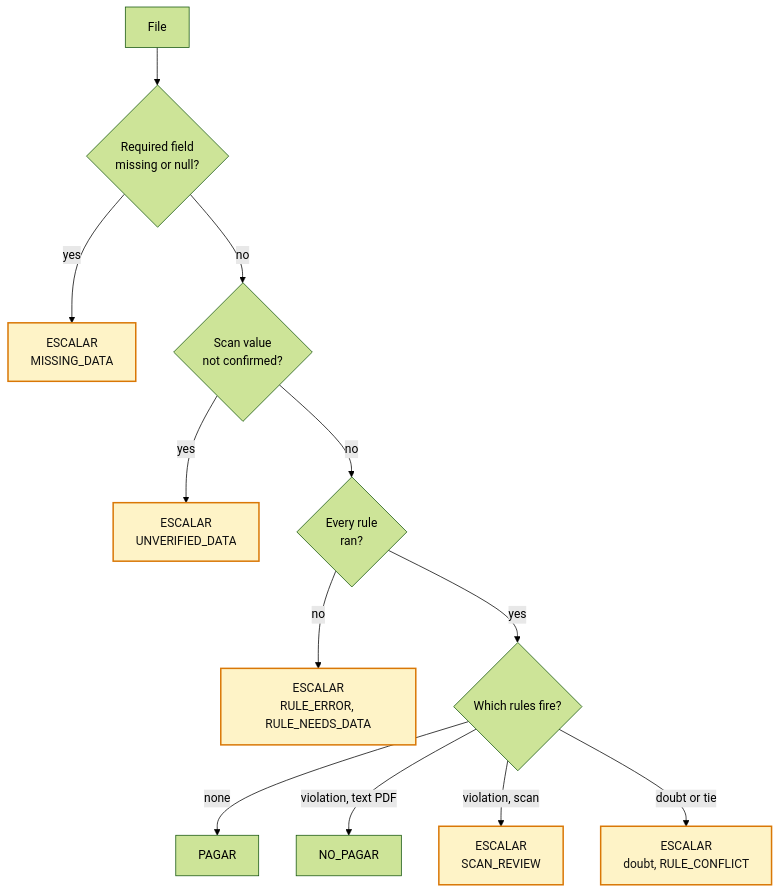
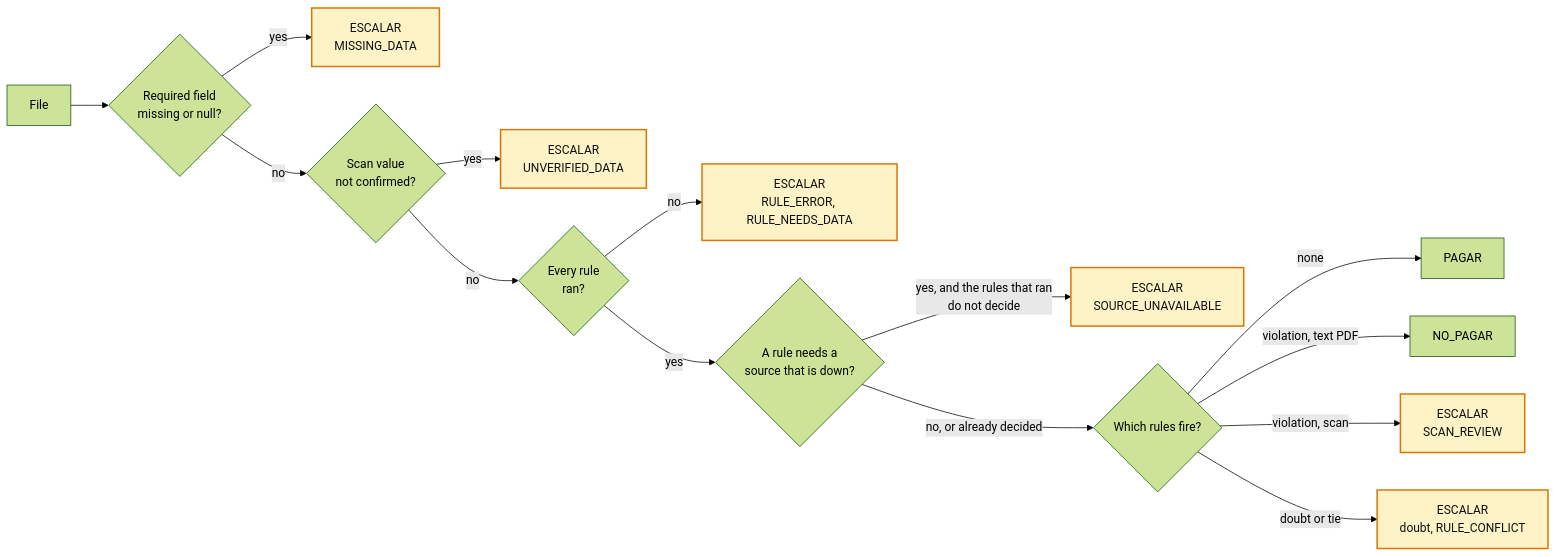
One commit to Martinhdeez/trace-it changed the diagram in docs/adr/B-when-in-doubt-escalate.md. Above: the diagram before and after it, drawn with Mermaid (forest theme). The commit also changed other lines of this file and 16 other files, not shown here.

First line of the commit message:
docs(adr): 0027 and 0028 into detail; key B adds SOURCE_UNAVAILABLE, key E syncs the ERP before every run

````diff
--- a/docs/adr/B-when-in-doubt-escalate.md
+++ b/docs/adr/B-when-in-doubt-escalate.md
@@ -31,16 +35,18 @@
 ```mermaid
-flowchart TD
+flowchart LR
   F["File"] --> M{"Required field<br/>missing or null?"}
   M -- yes --> E1["ESCALAR<br/>MISSING_DATA"]
   M -- no --> U{"Scan value<br/>not confirmed?"}
   U -- yes --> E2["ESCALAR<br/>UNVERIFIED_DATA"]
   U -- no --> R{"Every rule<br/>ran?"}
   R -- no --> E3["ESCALAR<br/>RULE_ERROR, RULE_NEEDS_DATA"]
-  R -- yes --> V{"Which rules fire?"}
+  R -- yes --> SRC{"A rule needs a<br/>source that is down?"}
+  SRC -- "yes, and the rules that ran<br/>do not decide" --> E6["ESCALAR<br/>SOURCE_UNAVAILABLE"]
+  SRC -- "no, or already decided" --> V{"Which rules fire?"}
   V -- none --> P["PAGAR"]
   V -- "violation, text PDF" --> NP["NO_PAGAR"]
   V -- "violation, scan" --> E4["ESCALAR<br/>SCAN_REVIEW"]
   V -- "doubt or tie" --> E5["ESCALAR<br/>doubt, RULE_CONFLICT"]
   classDef kb fill:#fef3c7,stroke:#d97706,stroke-width:2px,color:#111
-  class E1,E2,E3,E4,E5 kb
+  class E1,E2,E3,E4,E5,E6 kb
 ```
````
